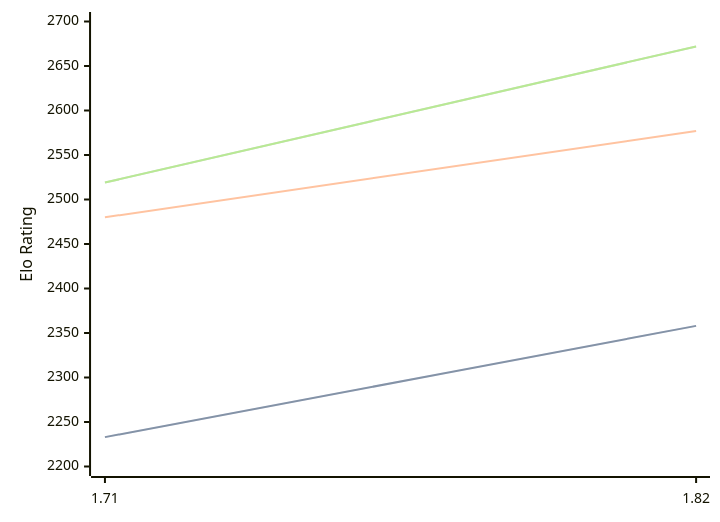
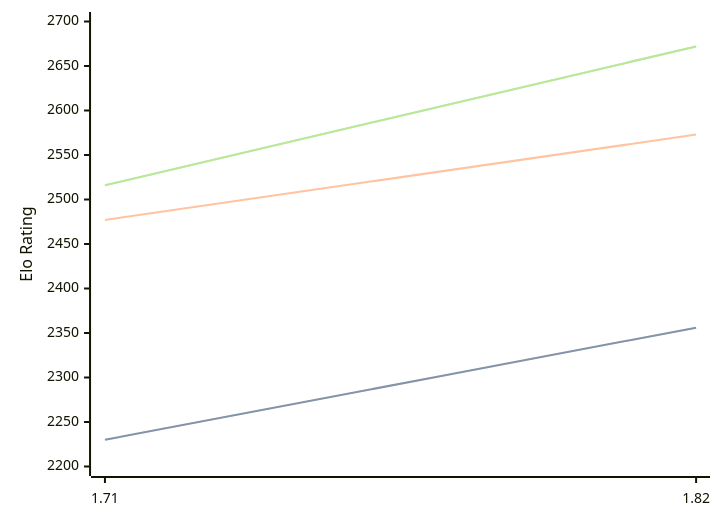
Before and after one commit to computer-chess-index/cci: the diagram in engines/Amira.md, drawn with Mermaid. The commit also changed other lines of this file, not shown here.

Commit message:
Update CCI Ratings (ELO VLTC) - 2026-03-11

````diff
--- a/engines/Amira.md
+++ b/engines/Amira.md
@@ -33,11 +33,11 @@
 ```mermaid
 %%{init: {"theme":"base","themeVariables":{"seriesColors:['#a3a3a3','#222221','#faa371']}}}%%
 xychart-beta
   x-axis ["1.71", "1.82"]
   y-axis "Elo Rating" 2200 --> 2700
-  line "STC (8.0+0.08s)" [2233, 2358]
-  line "STC (8.0+0.08s)" [2233, 2358]
-  line "LTC (60.0+0.60s)" [2480, 2577]
-  line "VLTC (2m24s+1.12s)" [2519, 2672]
-  line "VLTC (2m24s+1.12s)" [2519, 2672]
+  line "STC (8.0+0.08s)" [2230, 2356]
+  line "STC (8.0+0.08s)" [2230, 2356]
+  line "LTC (60.0+0.60s)" [2477, 2573]
+  line "VLTC (2m24s+1.12s)" [2516, 2672]
+  line "VLTC (2m24s+1.12s)" [2516, 2672]
 ```
````
